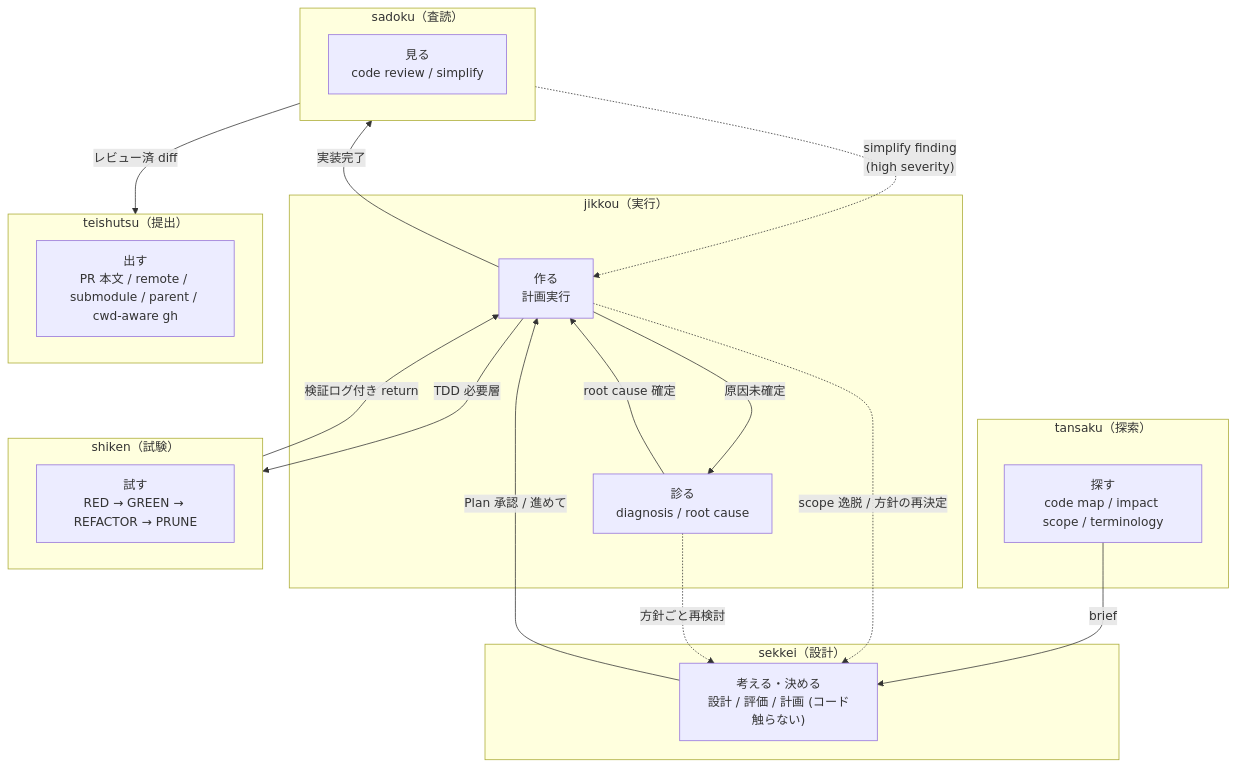
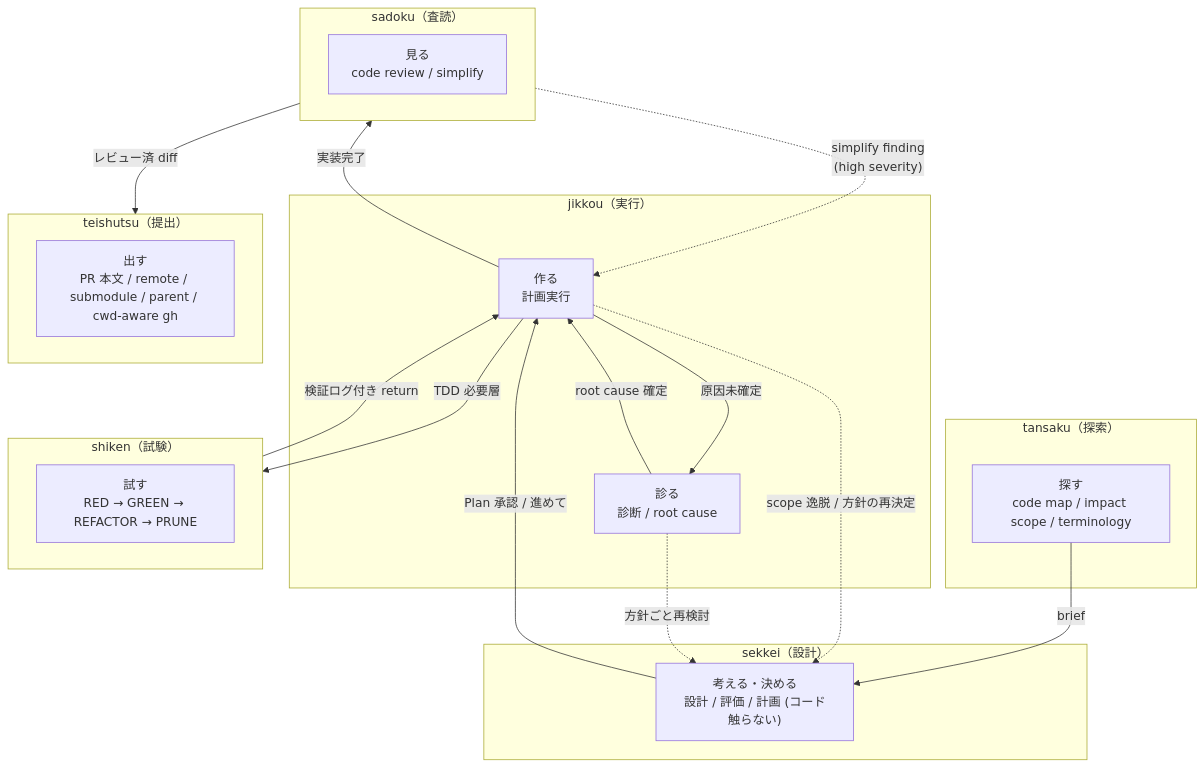
Before and after one commit to hayashiii-ghub/hikizan: the first of 6 diagrams in docs/workflow.md, drawn with Mermaid. The commit also changed other lines of this file and 3 other files, not shown here.

````diff
--- a/docs/workflow.md
+++ b/docs/workflow.md
@@ -32,34 +34,34 @@
 ```mermaid
 flowchart TB
   subgraph EXPLORE["tansaku（探索）"]
     T["探す<br/>code map / impact scope / terminology"]
   end
   subgraph DESIGN["sekkei（設計）"]
     K["考える・決める<br/>設計 / 評価 / 計画 (コード触らない)"]
   end
   subgraph EXEC["jikkou（実行）"]
     J["作る<br/>計画実行"]
-    JD["診る<br/>diagnosis / root cause"]
+    JD["診る<br/>診断 / root cause"]
   end
   subgraph TEST["shiken（試験）"]
     S["試す<br/>RED → GREEN → REFACTOR → PRUNE"]
   end
   subgraph REVIEW["sadoku（査読）"]
     R["見る<br/>code review / simplify"]
   end
   subgraph SUBMIT["teishutsu（提出）"]
     M["出す<br/>PR 本文 / remote / submodule / parent / cwd-aware gh"]
   end
 
   T -->|"brief"| K
   K -->|"Plan 承認 / 進めて"| J
   J -->|"原因未確定"| JD
   JD -->|"root cause 確定"| J
   J -.->|"scope 逸脱 / 方針の再決定"| K
   JD -.->|"方針ごと再検討"| K
   J -->|"TDD 必要層"| TEST
   TEST -->|"検証ログ付き return"| J
   J -->|"実装完了"| REVIEW
   REVIEW -.->|"simplify finding<br/>(high severity)"| J
   REVIEW -->|"レビュー済 diff"| SUBMIT
 ```
````
